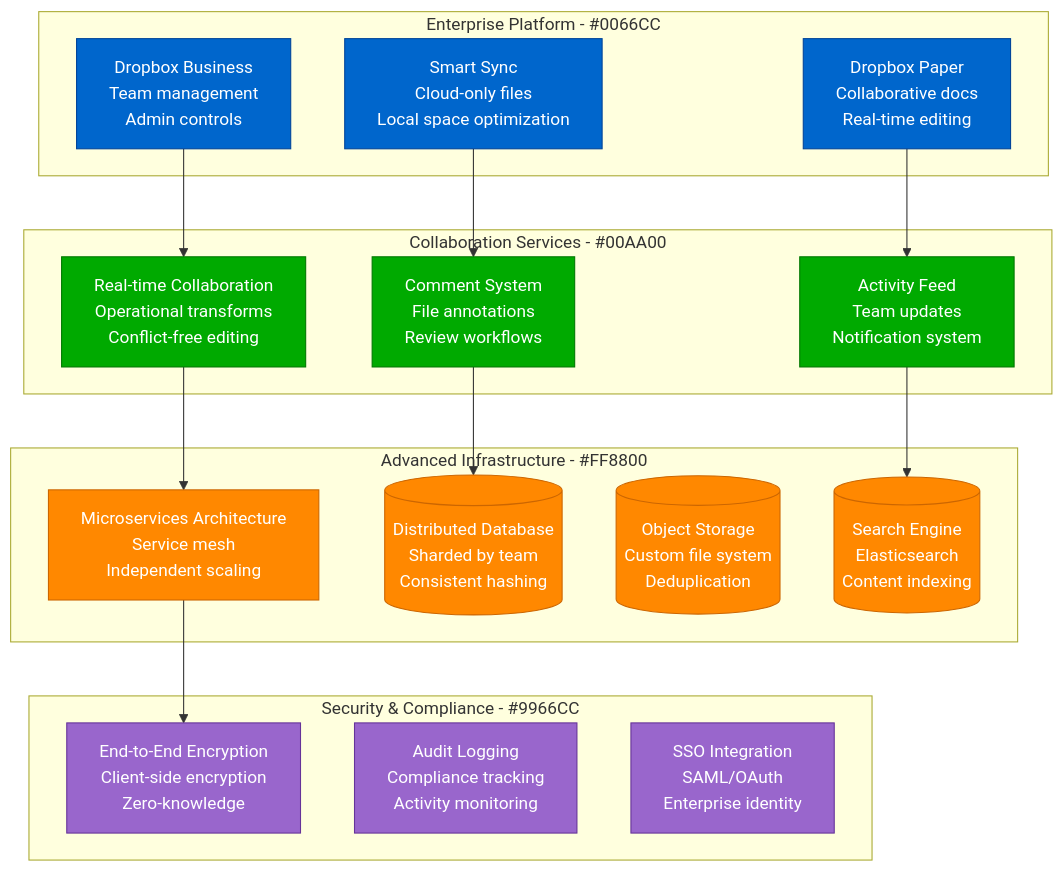
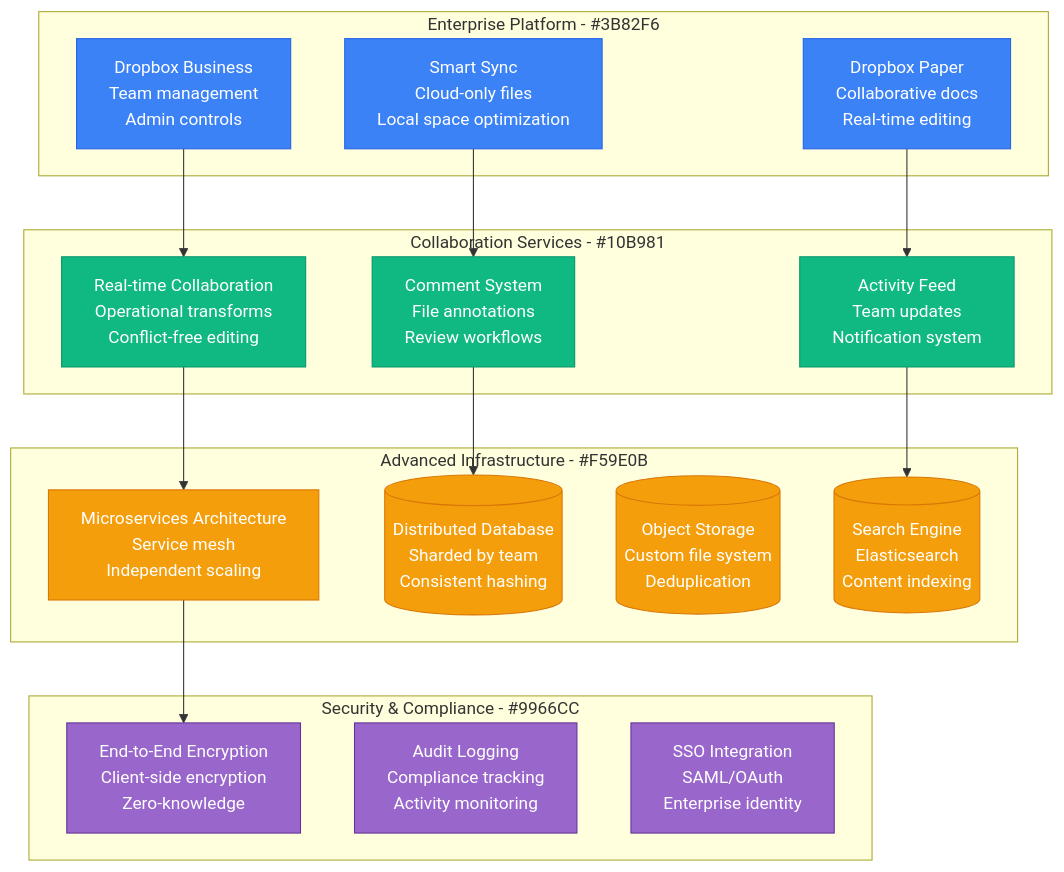
One commit to deepaucksharma/DS changed the third of 3 diagrams in site/docs/scaling/dropbox-scale-evolution.md. Above: the diagram before and after it, drawn with Mermaid. The commit also changed other lines of this file and 187 other files, not shown here.

````diff
--- a/site/docs/scaling/dropbox-scale-evolution.md
+++ b/site/docs/scaling/dropbox-scale-evolution.md
@@ -118,45 +118,45 @@
 ```mermaid
 graph TB
-    subgraph EnterprisePlatform[Enterprise Platform - #0066CC]
+    subgraph EnterprisePlatform[Enterprise Platform - #3B82F6]
         DROPBOX_BUSINESS[Dropbox Business<br/>Team management<br/>Admin controls]
         SMART_SYNC[Smart Sync<br/>Cloud-only files<br/>Local space optimization]
         PAPER[Dropbox Paper<br/>Collaborative docs<br/>Real-time editing]
     end
 
-    subgraph CollaborationServices[Collaboration Services - #00AA00]
+    subgraph CollaborationServices[Collaboration Services - #10B981]
         REAL_TIME_COLLAB[Real-time Collaboration<br/>Operational transforms<br/>Conflict-free editing]
         COMMENT_SYSTEM[Comment System<br/>File annotations<br/>Review workflows]
         ACTIVITY_FEED[Activity Feed<br/>Team updates<br/>Notification system]
     end
 
-    subgraph AdvancedInfra[Advanced Infrastructure - #FF8800]
+    subgraph AdvancedInfra[Advanced Infrastructure - #F59E0B]
         MICROSERVICES[Microservices Architecture<br/>Service mesh<br/>Independent scaling]
         DISTRIBUTED_DB[(Distributed Database<br/>Sharded by team<br/>Consistent hashing)]
         OBJECT_STORAGE[(Object Storage<br/>Custom file system<br/>Deduplication)]
         SEARCH_ENGINE[(Search Engine<br/>Elasticsearch<br/>Content indexing)]
     end
 
     subgraph SecurityCompliance[Security & Compliance - #9966CC]
         ENCRYPTION[End-to-End Encryption<br/>Client-side encryption<br/>Zero-knowledge]
         AUDIT_LOGGING[Audit Logging<br/>Compliance tracking<br/>Activity monitoring]
         SSO_INTEGRATION[SSO Integration<br/>SAML/OAuth<br/>Enterprise identity]
     end
 
     DROPBOX_BUSINESS --> REAL_TIME_COLLAB
     SMART_SYNC --> COMMENT_SYSTEM
     PAPER --> ACTIVITY_FEED
     REAL_TIME_COLLAB --> MICROSERVICES
     COMMENT_SYSTEM --> DISTRIBUTED_DB
     ACTIVITY_FEED --> SEARCH_ENGINE
     MICROSERVICES --> ENCRYPTION
 
-    classDef platformStyle fill:#0066CC,stroke:#004499,color:#fff
-    classDef collabStyle fill:#00AA00,stroke:#007700,color:#fff
-    classDef infraStyle fill:#FF8800,stroke:#CC6600,color:#fff
+    classDef platformStyle fill:#3B82F6,stroke:#2563EB,color:#fff
+    classDef collabStyle fill:#10B981,stroke:#059669,color:#fff
+    classDef infraStyle fill:#F59E0B,stroke:#D97706,color:#fff
     classDef securityStyle fill:#9966CC,stroke:#663399,color:#fff
 
     class DROPBOX_BUSINESS,SMART_SYNC,PAPER platformStyle
     class REAL_TIME_COLLAB,COMMENT_SYSTEM,ACTIVITY_FEED collabStyle
     class MICROSERVICES,DISTRIBUTED_DB,OBJECT_STORAGE,SEARCH_ENGINE infraStyle
     class ENCRYPTION,AUDIT_LOGGING,SSO_INTEGRATION securityStyle
 ```
````
